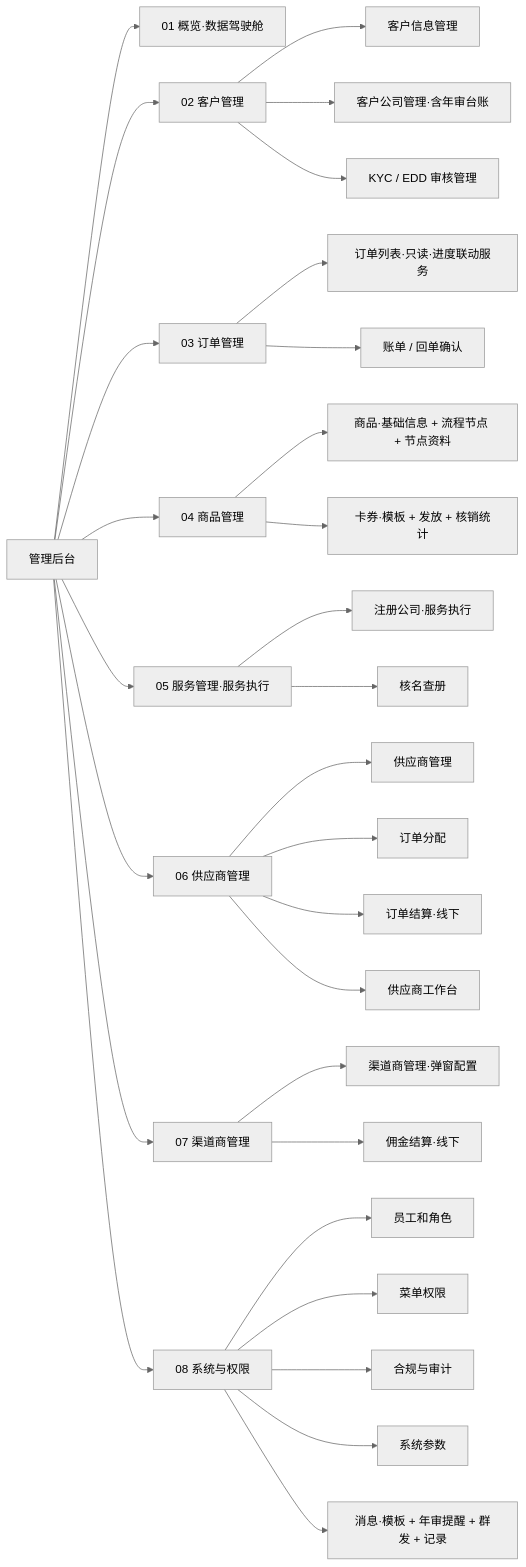
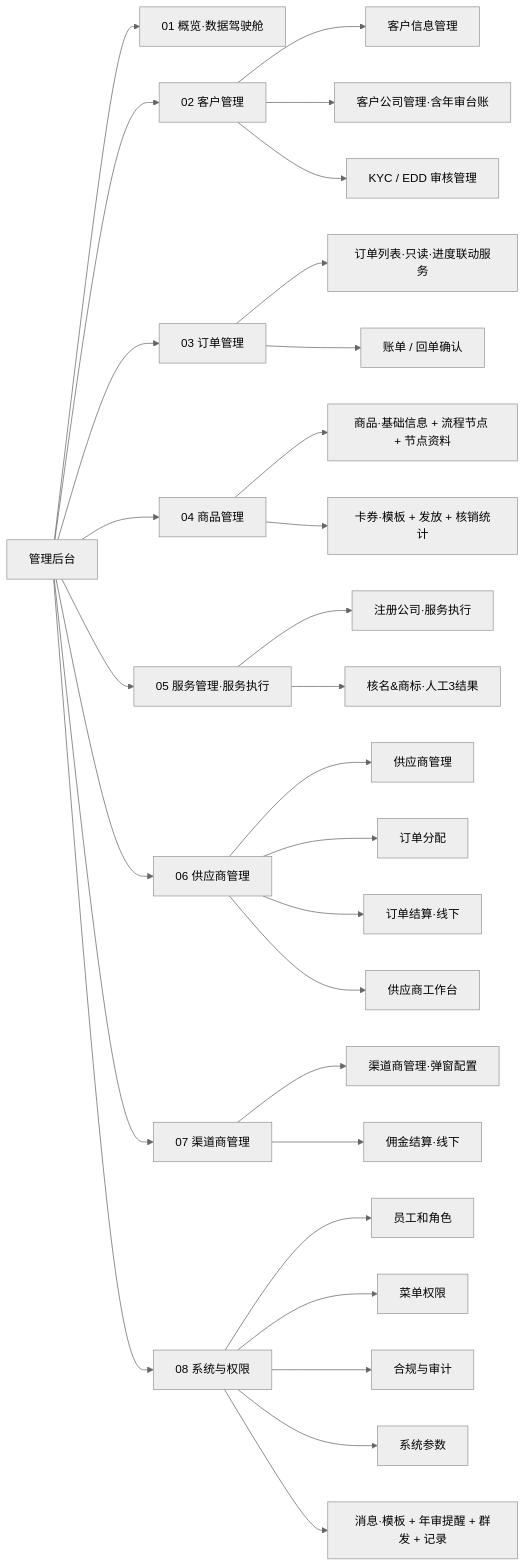
One commit to xiahan3/leapex_Leapexbiz changed the first of 2 diagrams in docs/PRD_Leapexbiz管理后台_v1.0.md. Above: the diagram before and after it, drawn with Mermaid (neutral theme). The commit also changed other lines of this file and 1 other file, not shown here.

````diff
--- a/docs/PRD_Leapexbiz管理后台_v1.0.md
+++ b/docs/PRD_Leapexbiz管理后台_v1.0.md
@@ -57,31 +57,31 @@
 ```mermaid
 graph LR
   A[管理后台] --> M1[01 概览·数据驾驶舱]
   A --> M2[02 客户管理]
   A --> M3[03 订单管理]
   A --> M4[04 商品管理]
   A --> M5[05 服务管理·服务执行]
   A --> M6[06 供应商管理]
   A --> M7[07 渠道商管理]
   A --> M8[08 系统与权限]
   M2 --> M2a[客户信息管理]
   M2 --> M2b[客户公司管理·含年审台账]
   M2 --> M2c[KYC / EDD 审核管理]
   M3 --> M3a[订单列表·只读·进度联动服务]
   M3 --> M3b[账单 / 回单确认]
   M4 --> M4a[商品·基础信息 + 流程节点 + 节点资料]
   M4 --> M4b[卡券·模板 + 发放 + 核销统计]
   M5 --> M5x[注册公司·服务执行]
-  M5 --> M5y[核名查册]
+  M5 --> M5y[核名&商标·人工3结果]
   M6 --> M6a[供应商管理]
   M6 --> M6b[订单分配]
   M6 --> M6c[订单结算·线下]
   M6 --> M6d[供应商工作台]
   M7 --> M7a[渠道商管理·弹窗配置]
   M7 --> M7b[佣金结算·线下]
   M8 --> M8a[员工和角色]
   M8 --> M8b[菜单权限]
   M8 --> M8c[合规与审计]
   M8 --> M8d[系统参数]
   M8 --> M8e[消息·模板 + 年审提醒 + 群发 + 记录]
 ```
````
